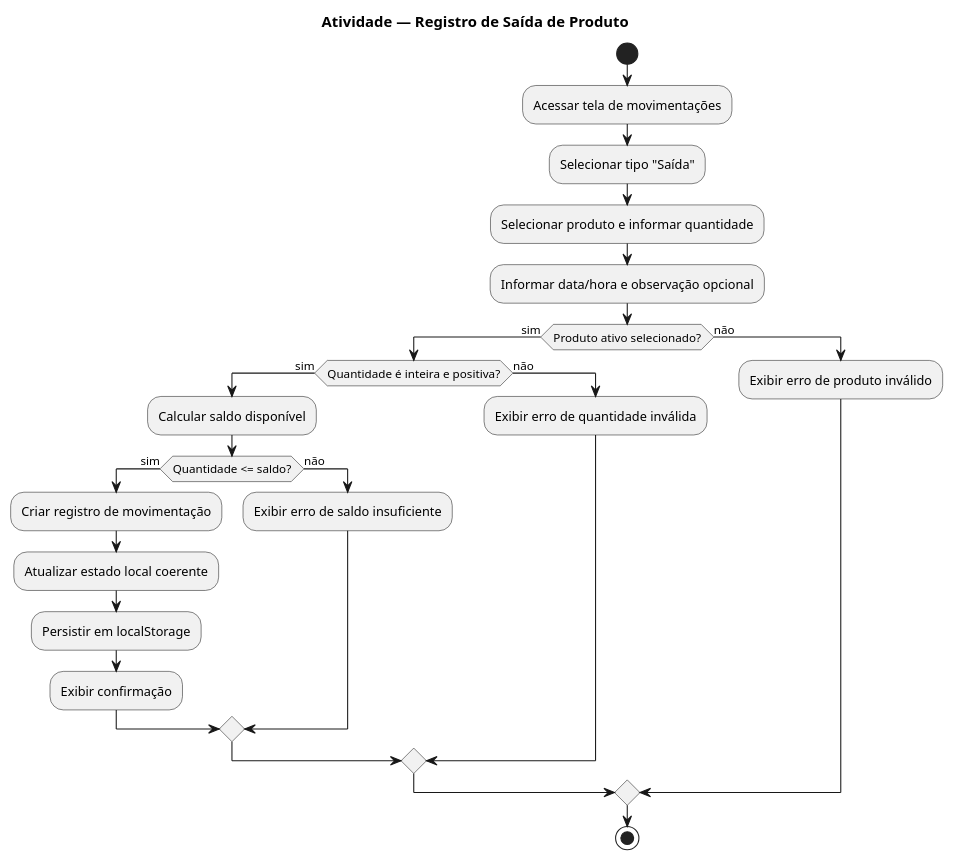
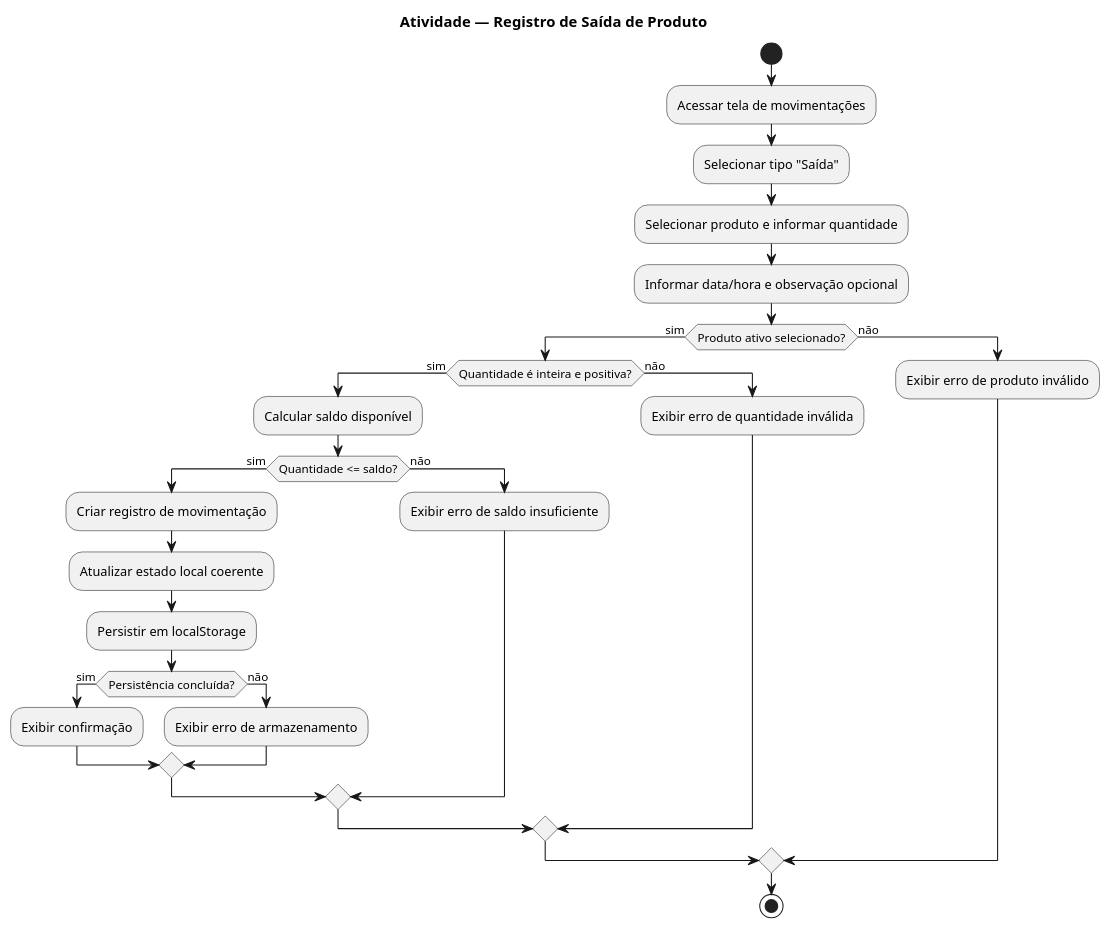
One commit to rogeriocssj-bot/pit2-controle-estoque changed the diagram in docs/uml/atividades.puml. Above: the diagram before and after it, drawn with PlantUML. The commit also changed 4 other files, not shown here.

Commit message:
docs: corrige semantica dos diagramas uml

```diff
--- a/docs/uml/atividades.puml
+++ b/docs/uml/atividades.puml
@@ -1,26 +1,30 @@
 @startuml
 title Atividade — Registro de Saída de Produto
 start
 :Acessar tela de movimentações;
 :Selecionar tipo "Saída";
 :Selecionar produto e informar quantidade;
 :Informar data/hora e observação opcional;
 if (Produto ativo selecionado?) then (sim)
   if (Quantidade é inteira e positiva?) then (sim)
     :Calcular saldo disponível;
     if (Quantidade <= saldo?) then (sim)
       :Criar registro de movimentação;
       :Atualizar estado local coerente;
       :Persistir em localStorage;
-      :Exibir confirmação;
+      if (Persistência concluída?) then (sim)
+        :Exibir confirmação;
+      else (não)
+        :Exibir erro de armazenamento;
+      endif
     else (não)
       :Exibir erro de saldo insuficiente;
     endif
   else (não)
     :Exibir erro de quantidade inválida;
   endif
 else (não)
   :Exibir erro de produto inválido;
 endif
 stop
 @enduml
```
